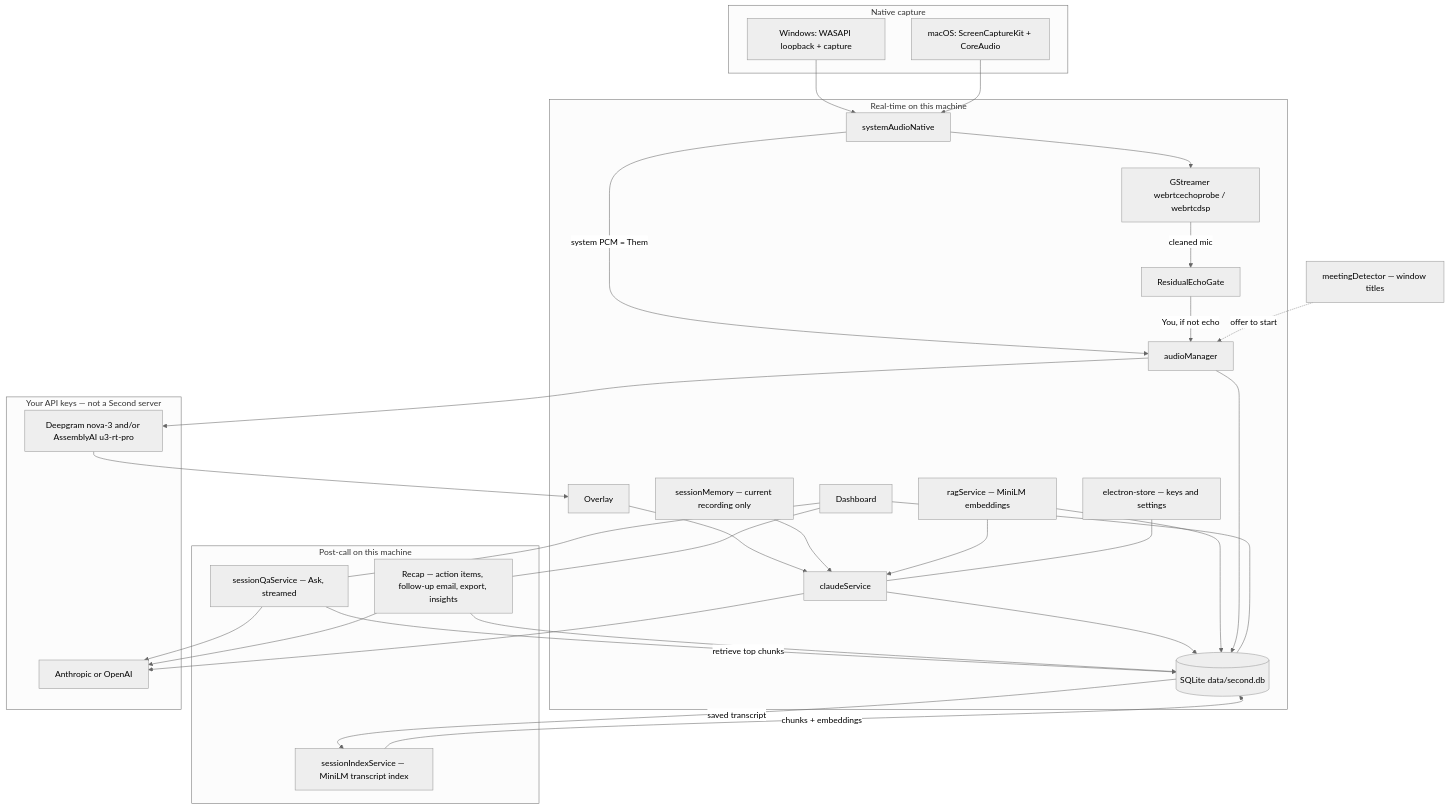
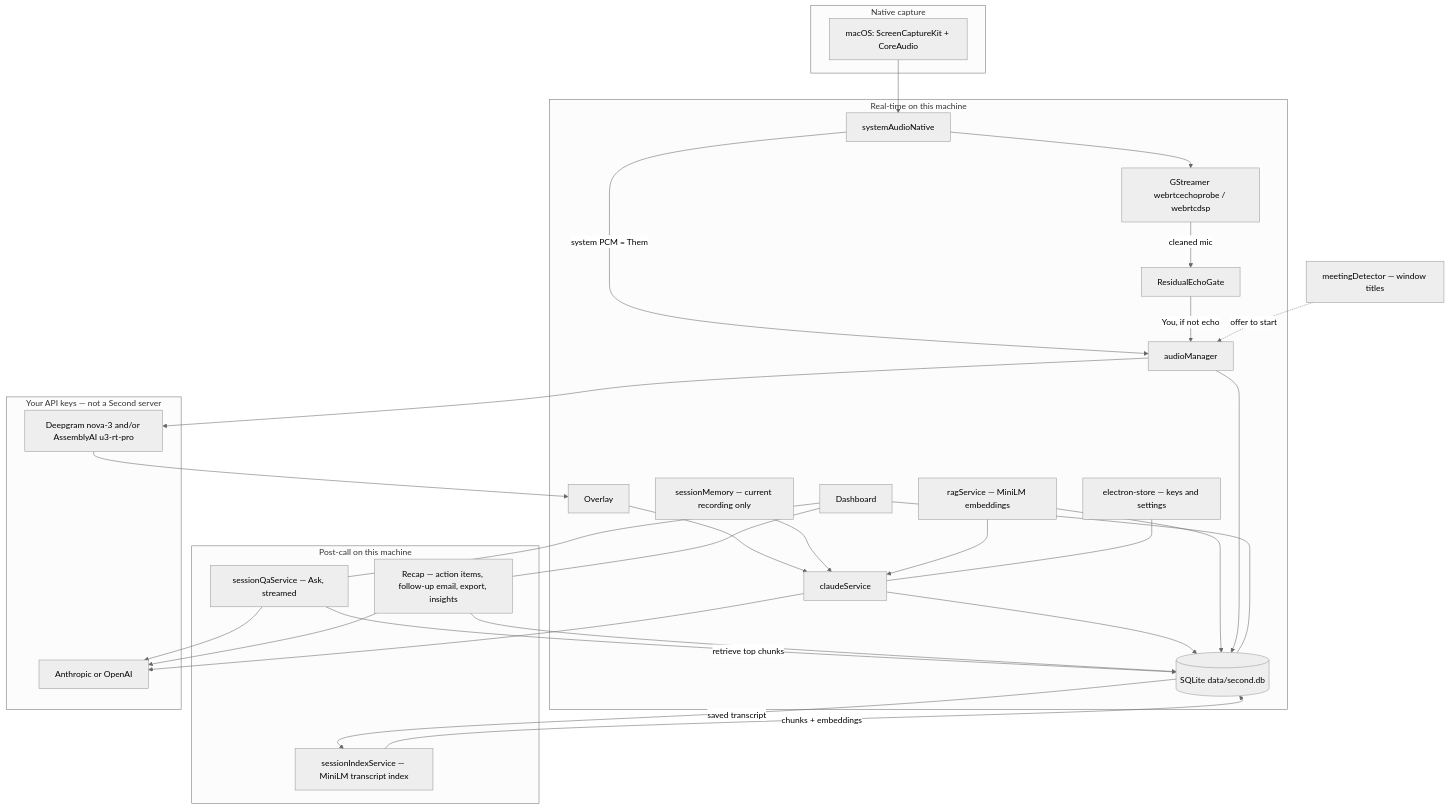
The diagram in README.md (CommonCapital/Second), drawn with Mermaid (neutral theme) before and after one commit. The commit also changed other lines of this file, not shown here.

````diff
--- a/README.md
+++ b/README.md
@@ -132,59 +120,57 @@
 ```mermaid
 flowchart TB
   subgraph capture [Native capture]
-    Win["Windows: WASAPI loopback + capture"]
     Mac["macOS: ScreenCaptureKit + CoreAudio"]
   end
 
   subgraph local [Real-time on this machine]
     SAN[systemAudioNative]
     AEC["GStreamer webrtcechoprobe / webrtcdsp"]
     REG[ResidualEchoGate]
     AM[audioManager]
     RAG["ragService — MiniLM embeddings"]
     MEM["sessionMemory — current recording only"]
     CS[claudeService]
     DB[("SQLite data/second.db")]
     CFG["electron-store — keys and settings"]
     OV[Overlay]
     Dash[Dashboard]
   end
 
   subgraph postcall [Post-call on this machine]
     SIDX["sessionIndexService — MiniLM transcript index"]
     SQA["sessionQaService — Ask, streamed"]
     RECAP["Recap — action items, follow-up email, export, insights"]
   end
 
   subgraph byok [Your API keys — not a Second server]
     STT["Deepgram nova-3 and/or AssemblyAI u3-rt-pro"]
     LLM[Anthropic or OpenAI]
   end
 
-  Win --> SAN
   Mac --> SAN
   SAN -->|"system PCM = Them"| AM
   SAN --> AEC
   AEC -->|"cleaned mic"| REG
   REG -->|"You, if not echo"| AM
   AM --> STT
   STT --> OV
   OV --> CS
   MEM --> CS
   RAG --> CS
   CS --> LLM
   CS --> DB
   RAG --> DB
   AM --> DB
   CFG --- CS
   Dash --- DB
   MD["meetingDetector — window titles"] -.->|"offer to start"| AM
   DB -->|"saved transcript"| SIDX
   SIDX -->|"chunks + embeddings"| DB
   SQA -->|"retrieve top chunks"| DB
   SQA --> LLM
   RECAP --> DB
   RECAP --> LLM
   Dash --- SQA
   Dash --- RECAP
 ```
````
